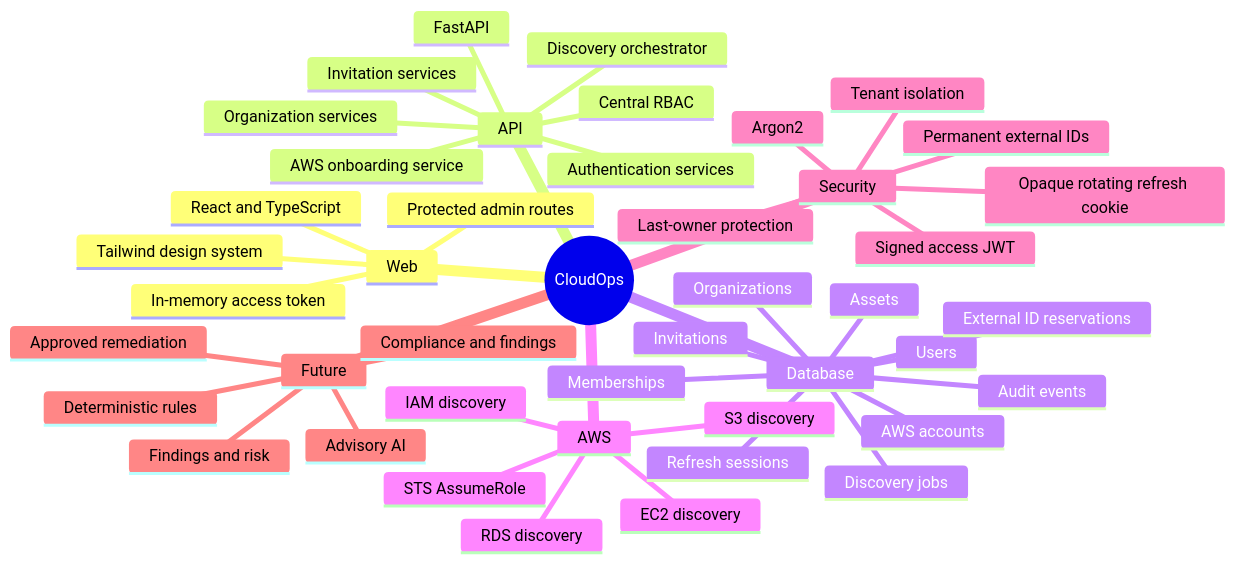
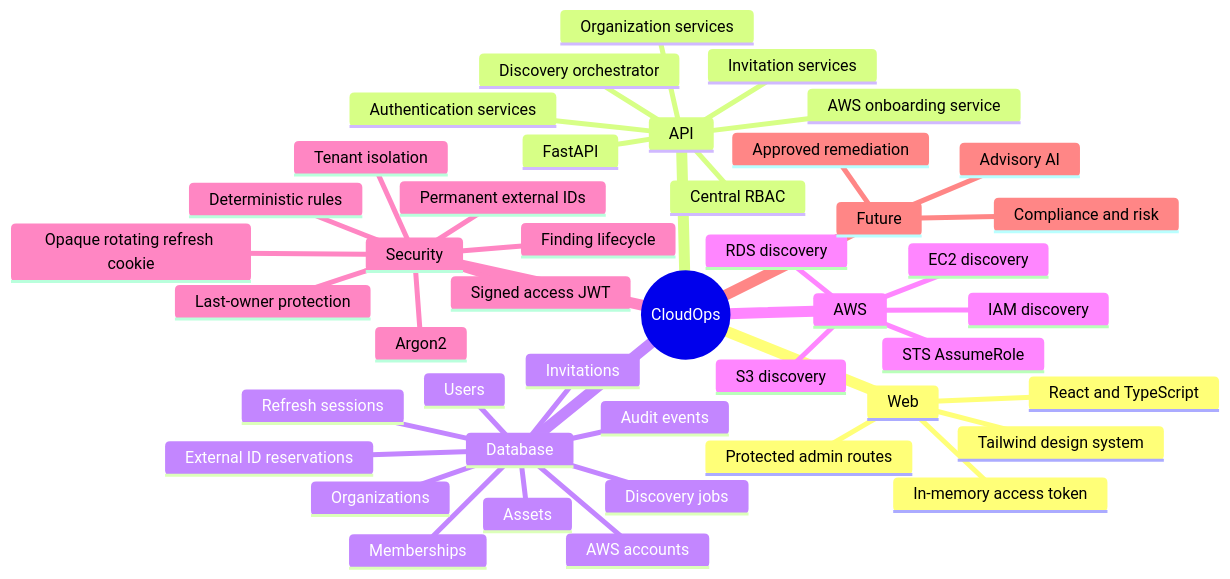
One commit to cloudops-project/CloudOps changed the first of 2 diagrams in NEW_CHAT_CONTEXT.md. Above: the diagram before and after it, drawn with Mermaid. The commit also changed other lines of this file and 18 other files, not shown here.

````diff
--- a/NEW_CHAT_CONTEXT.md
+++ b/NEW_CHAT_CONTEXT.md
@@ -40,47 +39,47 @@
 ```mermaid
 mindmap
   root((CloudOps))
     Web
       React and TypeScript
       Tailwind design system
       In-memory access token
       Protected admin routes
     API
       FastAPI
       Authentication services
       Organization services
       Invitation services
       AWS onboarding service
       Discovery orchestrator
       Central RBAC
     Database
       Users
       Organizations
       Memberships
       Invitations
       Refresh sessions
       Audit events
       AWS accounts
       External ID reservations
       Assets
       Discovery jobs
     AWS
       STS AssumeRole
       EC2 discovery
       S3 discovery
       IAM discovery
       RDS discovery
     Security
       Argon2
       Signed access JWT
       Opaque rotating refresh cookie
       Tenant isolation
       Last-owner protection
       Permanent external IDs
+      Deterministic rules
+      Finding lifecycle
     Future
-      Deterministic rules
-      Findings and risk
-      Compliance and findings
+      Compliance and risk
       Advisory AI
       Approved remediation
 ```
````
